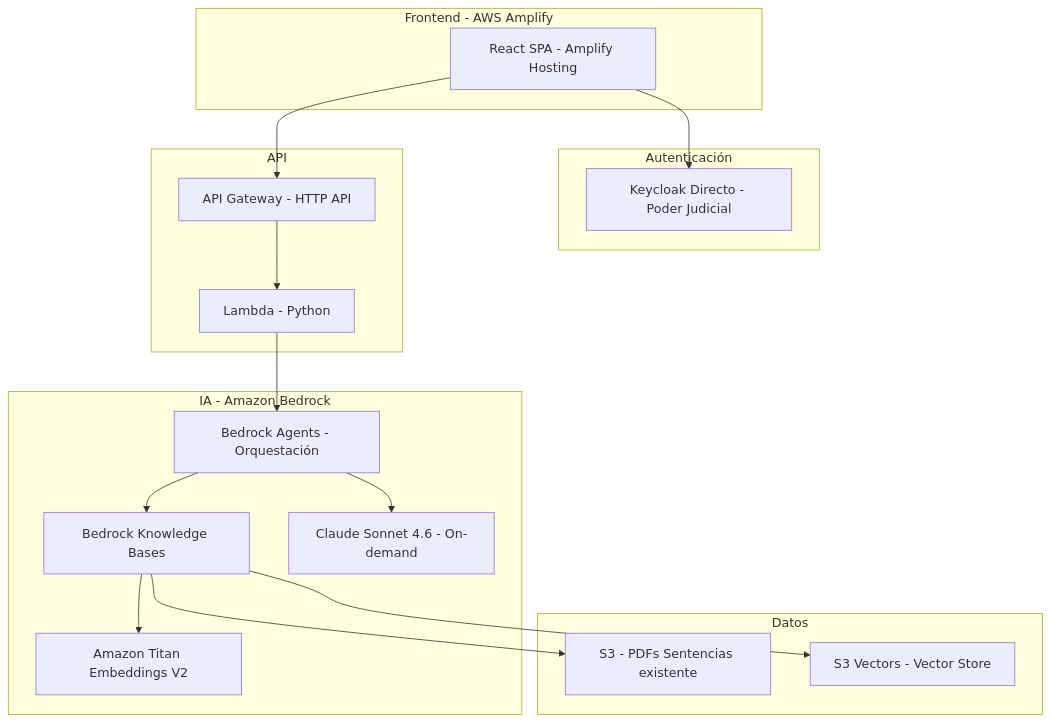
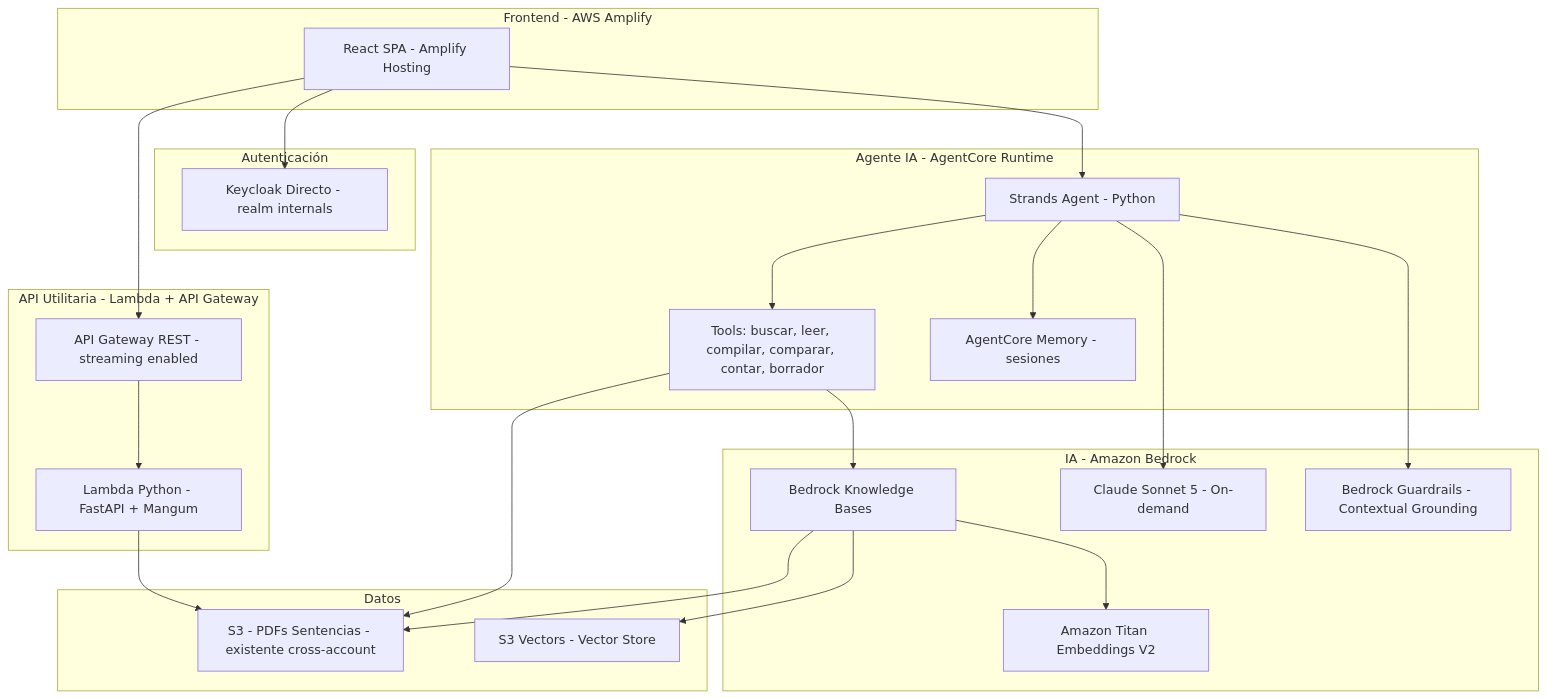
Before and after one commit to Poder-Judicial-de-Mendoza/juris-mza: the first of 4 diagrams in .kiro/specs/jurisprudencia-mendoza-aws/design.md, drawn with Mermaid. The commit also changed other lines of this file and 16 other files, not shown here.

````diff
--- a/.kiro/specs/jurisprudencia-mendoza-aws/design.md
+++ b/.kiro/specs/jurisprudencia-mendoza-aws/design.md
@@ -28,37 +30,48 @@
 ```mermaid
 graph TD
     subgraph "Frontend - AWS Amplify"
         PORTAL[React SPA - Amplify Hosting]
     end
 
     subgraph "Autenticación"
-        KEYCLOAK[Keycloak Directo - Poder Judicial]
+        KEYCLOAK[Keycloak Directo - realm internals]
     end
 
-    subgraph "API"
-        APIGW[API Gateway - HTTP API]
-        LAMBDA[Lambda - Python]
+    subgraph "Agente IA - AgentCore Runtime"
+        STRANDS[Strands Agent - Python]
+        TOOLS[Tools: buscar, leer, compilar, comparar, contar, borrador]
+        MEMORY[AgentCore Memory - sesiones]
+    end
+
+    subgraph "API Utilitaria - Lambda + API Gateway"
+        APIGW[API Gateway REST - streaming enabled]
+        LAMBDA[Lambda Python - FastAPI + Mangum]
     end
 
     subgraph "IA - Amazon Bedrock"
         KB[Bedrock Knowledge Bases]
-        CLAUDE[Claude Sonnet 4.6 - On-demand]
+        CLAUDE[Claude Sonnet 5 - On-demand]
         EMBED[Amazon Titan Embeddings V2]
-        AGENTS[Bedrock Agents - Orquestación]
+        GUARD[Bedrock Guardrails - Contextual Grounding]
     end
 
     subgraph "Datos"
-        S3[S3 - PDFs Sentencias existente]
+        S3[S3 - PDFs Sentencias - existente cross-account]
         S3V[S3 Vectors - Vector Store]
     end
 
     PORTAL --> KEYCLOAK
+    PORTAL --> STRANDS
     PORTAL --> APIGW
     APIGW --> LAMBDA
-    LAMBDA --> AGENTS
-    AGENTS --> KB
-    AGENTS --> CLAUDE
+    STRANDS --> TOOLS
+    STRANDS --> MEMORY
+    STRANDS --> CLAUDE
+    STRANDS --> GUARD
+    TOOLS --> KB
+    TOOLS --> S3
     KB --> EMBED
     KB --> S3V
     KB --> S3
+    LAMBDA --> S3
 ```
````
